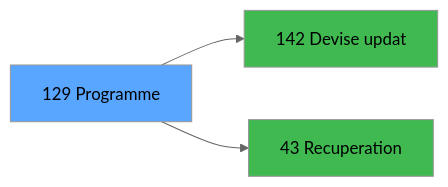
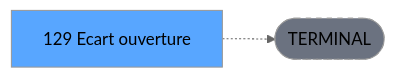
One commit to thonyAGP/lecteur-magic changed the third of 3 diagrams in .openspec/renders/ADH-IDE-129.md. Above: the diagram before and after it, drawn with Mermaid (neutral theme). The commit also changed other lines of this file and 701 other files, not shown here.

````diff
--- a/.openspec/renders/ADH-IDE-129.md
+++ b/.openspec/renders/ADH-IDE-129.md
@@ -141,11 +141,8 @@
 ```mermaid
 graph LR
-    T[129 Programme]
-    C142[142 Devise updat]
-    T --> C142
-    C43[43 Recuperation]
-    T --> C43
+    T[129 Ecart ouverture]
+    TERM([TERMINAL])
+    T -.-> TERM
+    style TERM fill:#6b7280,stroke-dasharray: 5 5
     style T fill:#58a6ff,color:#000
-    style C142 fill:#3fb950
-    style C43 fill:#3fb950
 ```
````
